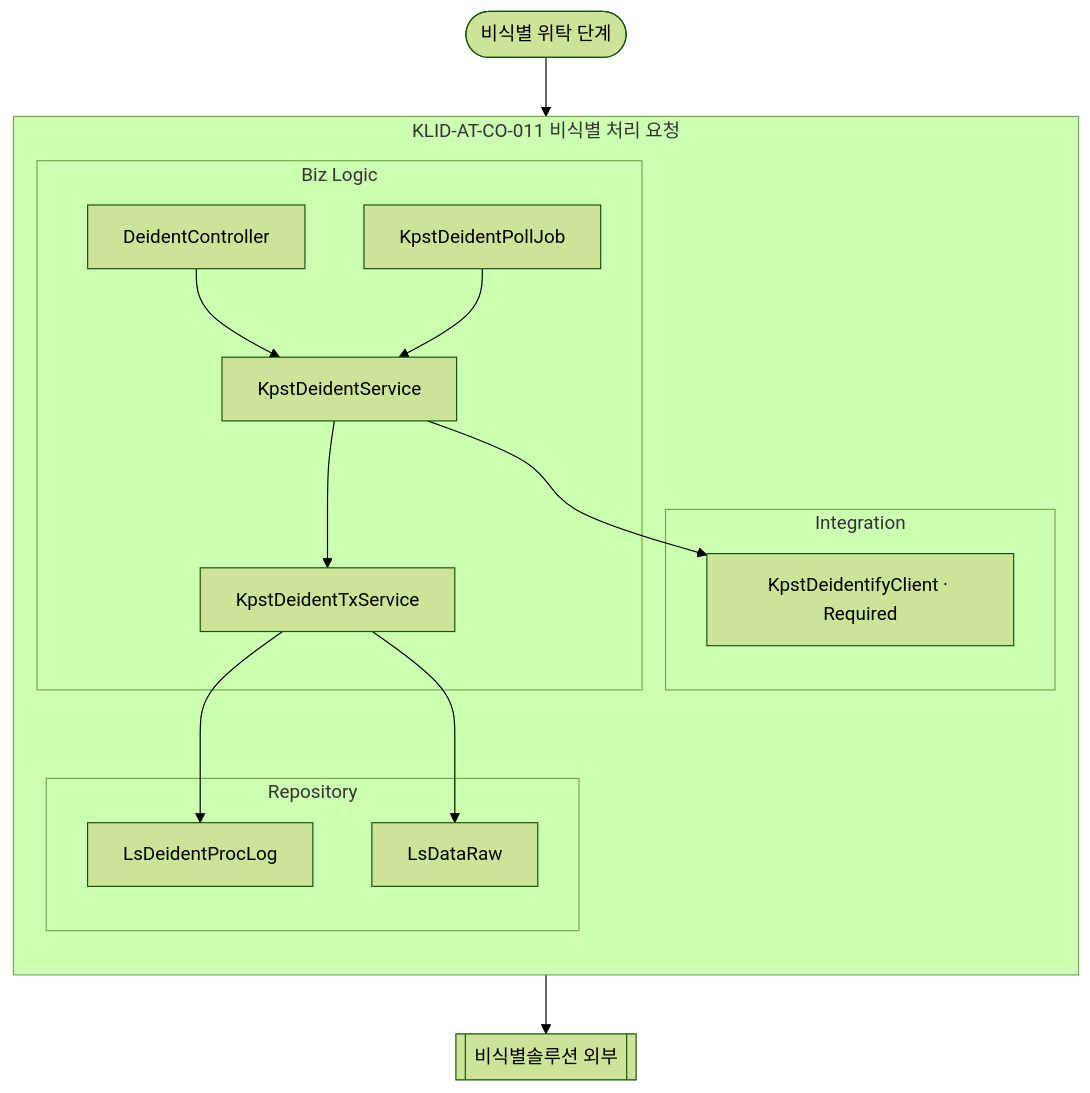
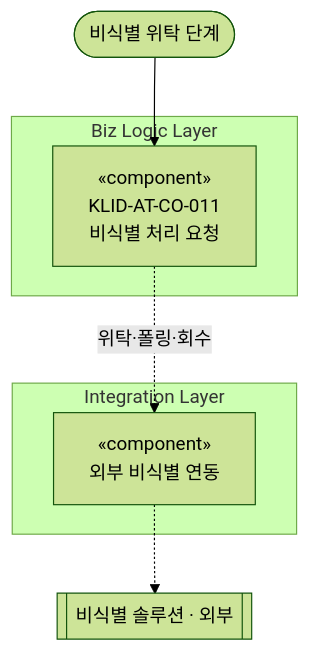
Before and after one commit to New-stella/klid-label: diagram 11 of 18 in docs/design/D3-컴포넌트설계서.md, drawn with Mermaid (forest theme). The commit also changed other lines of this file and 10 other files, not shown here.

````diff
--- a/docs/design/D3-컴포넌트설계서.md
+++ b/docs/design/D3-컴포넌트설계서.md
@@ -341,29 +234,14 @@
 ```mermaid
 flowchart TD
     STEP([비식별 위탁 단계])
-    DEID[[비식별솔루션 외부]]
-    subgraph CO011[KLID-AT-CO-011 비식별 처리 요청]
-        direction TB
-        subgraph BIZ11[Biz Logic]
-            DCC[DeidentController]
-            KDS[KpstDeidentService]
-            KPJ[KpstDeidentPollJob]
-            KTX[KpstDeidentTxService]
-        end
-        subgraph INT11[Integration]
-            KDC[KpstDeidentifyClient · Required]
-        end
-        subgraph REP11[Repository]
-            PLG[LsDeidentProcLog]
-            RAW11[LsDataRaw]
-        end
-        DCC --> KDS
-        KPJ --> KDS
-        KDS --> KDC
-        KDS --> KTX
-        KTX --> PLG
-        KTX --> RAW11
+    DEID[[비식별 솔루션 · 외부]]
+    subgraph BIZ11[Biz Logic Layer]
+        CO011["«component»<br/>KLID-AT-CO-011<br/>비식별 처리 요청"]
     end
-    STEP --> KDS
-    KDC --> DEID
+    subgraph INT11[Integration Layer]
+        DEIDCONN["«component»<br/>외부 비식별 연동"]
+    end
+    STEP --> CO011
+    CO011 -.위탁·폴링·회수.-> DEIDCONN
+    DEIDCONN -.-> DEID
 ```
````
